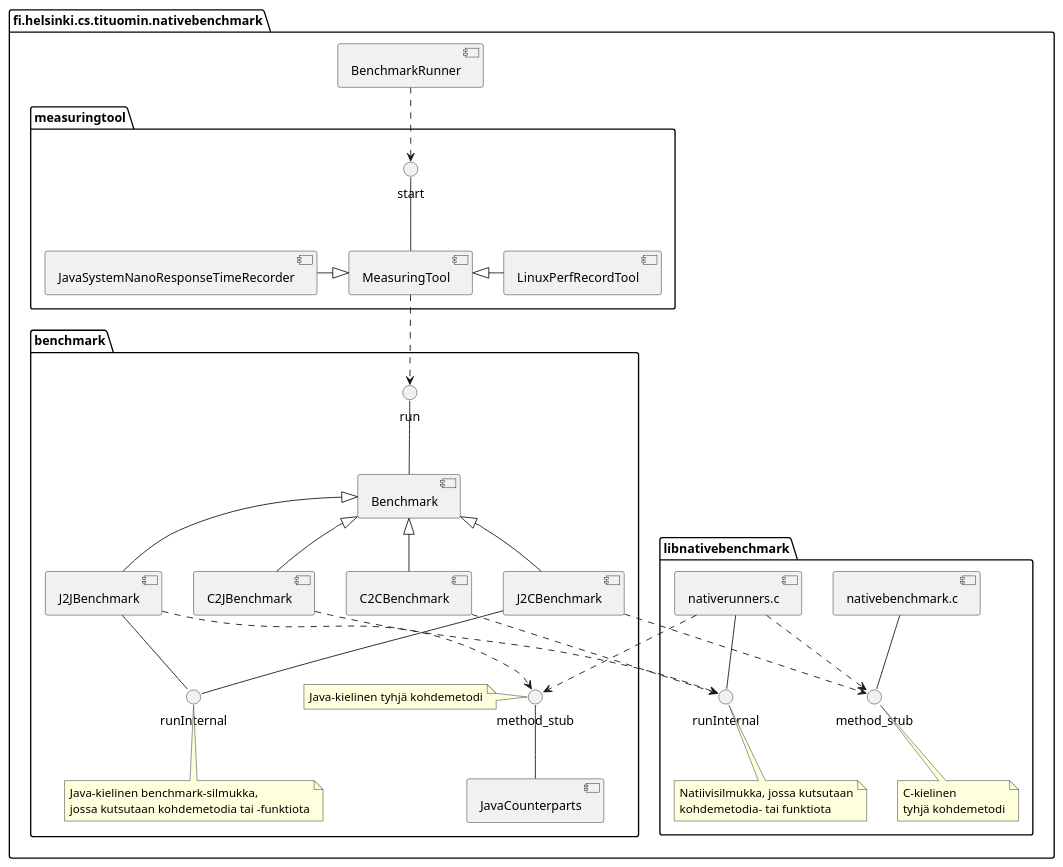
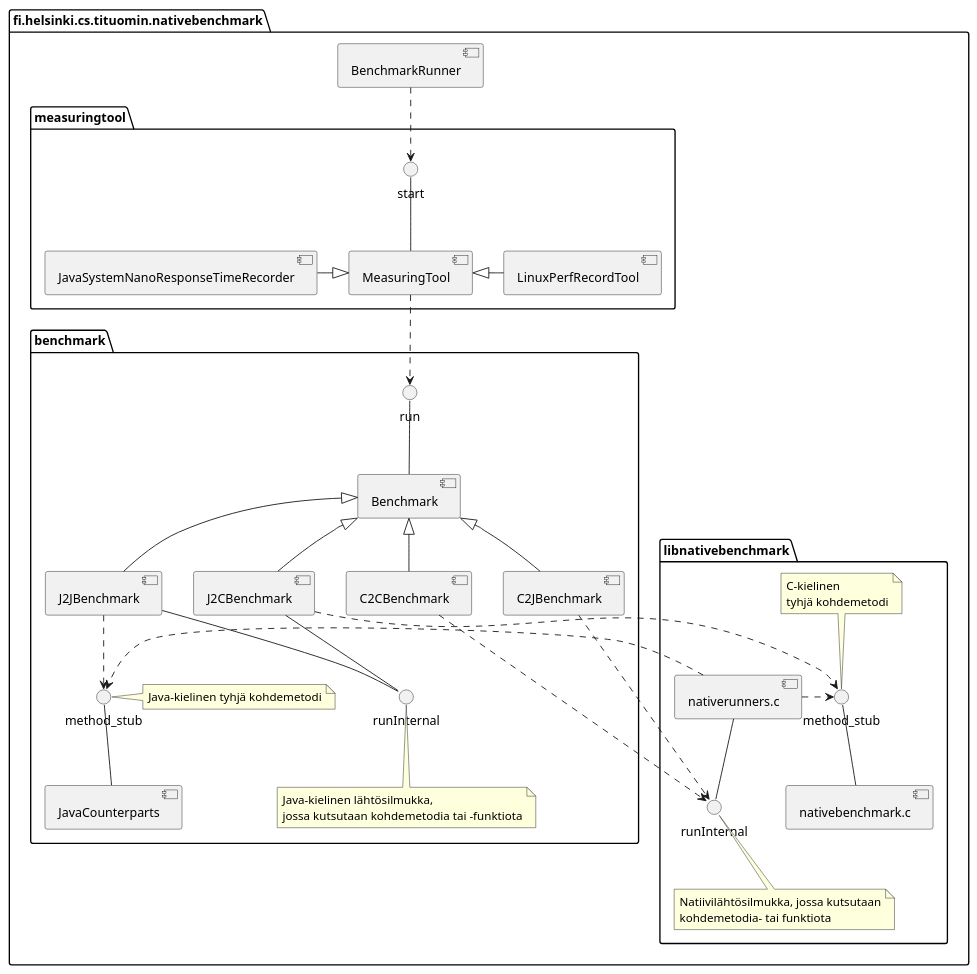
Before and after one commit to tituomin/gradu: the diagram in paper/src/figures/architecture-nativebenchmark.puml, drawn with PlantUML.

Commit message:
Best nb arch puml so far.

```diff
--- a/paper/src/figures/architecture-nativebenchmark.puml
+++ b/paper/src/figures/architecture-nativebenchmark.puml
@@ -1,50 +1,50 @@
 package "fi.helsinki.cs.tituomin.nativebenchmark" {
   package "measuringtool" {
     () start -- [MeasuringTool]
     [JavaSystemNanoResponseTimeRecorder] -|> [MeasuringTool]
     [MeasuringTool] <|- [LinuxPerfRecordTool]
   }
 
   package "benchmark" {
     () run -- [Benchmark]
     () method_stub
     method_stub -- [JavaCounterparts]
     [J2JBenchmark]
     [J2CBenchmark]
     () runInternal as runInternalJava
     [J2JBenchmark] -- () runInternalJava
     [J2CBenchmark] -- () runInternalJava
     [C2CBenchmark]
     [C2JBenchmark]
 
     [Benchmark] <|-- [J2JBenchmark]
     [Benchmark] <|-- [J2CBenchmark]
     [Benchmark] <|-- [C2CBenchmark]
     [Benchmark] <|-- [C2JBenchmark]
 
-    note bottom of runInternalJava : Java-kielinen benchmark-silmukka,\njossa kutsutaan kohdemetodia tai -funktiota
+    note bottom of runInternalJava : Java-kielinen lähtösilmukka,\njossa kutsutaan kohdemetodia tai -funktiota
     note left of method_stub : Java-kielinen tyhjä kohdemetodi
 
   }
 
   [BenchmarkRunner] ..> start
   [MeasuringTool] ..> run
 
   package "libnativebenchmark" {
     () runInternal
     () method_stub as nativemethod_stub
     [nativerunners.c] -- runInternal
-    [nativebenchmark.c] -- nativemethod_stub
+    nativemethod_stub -- [nativebenchmark.c]
 
-    note bottom of runInternal : Natiivisilmukka, jossa kutsutaan\nkohdemetodia- tai funktiota
-    note bottom of nativemethod_stub : C-kielinen\ntyhjä kohdemetodi
+    note bottom of runInternal : Natiivilähtösilmukka, jossa kutsutaan\nkohdemetodia- tai funktiota
+    note top of nativemethod_stub : C-kielinen\ntyhjä kohdemetodi
 
   }
 }
 
 [C2CBenchmark] ..> runInternal
 [C2JBenchmark] ..> runInternal
 [J2CBenchmark] ..> nativemethod_stub
-[nativerunners.c] ..> nativemethod_stub
-[nativerunners.c] ..> method_stub
+[nativerunners.c] .> nativemethod_stub
+[nativerunners.c] .> method_stub
 [J2JBenchmark] ..> method_stub
```
